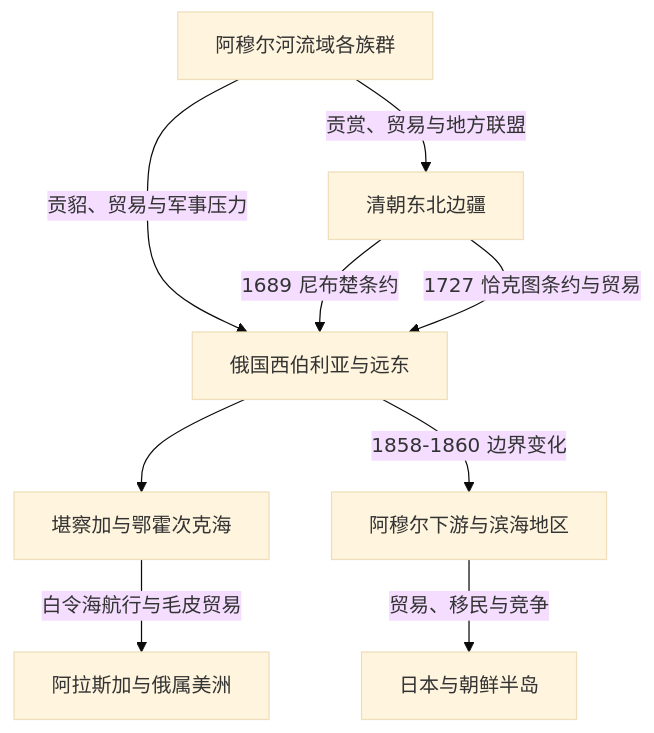
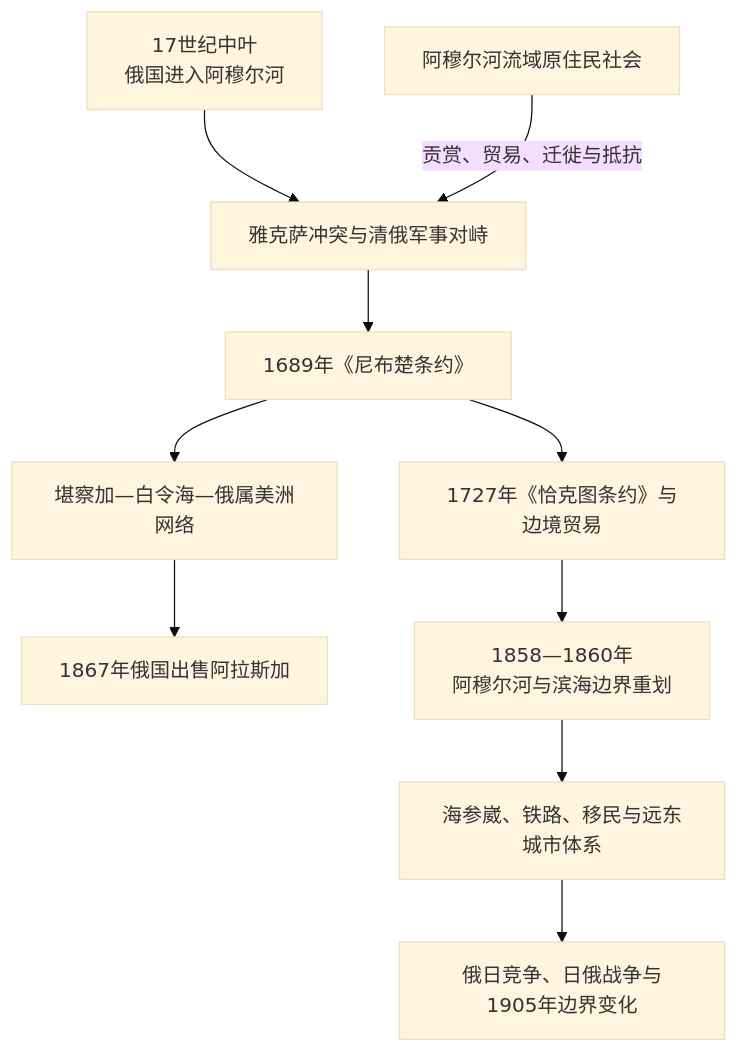
Before and after one commit to tianlan-dev/learning-notes: the diagram in 人文科学/历史/北亚/_通史/清俄边疆、东北亚与北太平洋联系.md, drawn with Mermaid (base theme). The commit also changed other lines of this file and 1417 other files, not shown here.

````diff
--- a/人文科学/历史/北亚/_通史/清俄边疆、东北亚与北太平洋联系.md
+++ b/人文科学/历史/北亚/_通史/清俄边疆、东北亚与北太平洋联系.md
@@ -18,11 +19,12 @@
 ```mermaid
 flowchart TD
-    AmurPeoples["阿穆尔河流域各族群"] -->|贡赏、贸易与地方联盟| Qing["清朝东北边疆"]
-    AmurPeoples -->|贡貂、贸易与军事压力| Russia["俄国西伯利亚与远东"]
-    Qing -->|1689 尼布楚条约| Russia
-    Qing -->|1727 恰克图条约与贸易| Russia
-    Russia --> Kamchatka["堪察加与鄂霍次克海"]
-    Kamchatka -->|白令海航行与毛皮贸易| Alaska["阿拉斯加与俄属美洲"]
-    Russia -->|1858-1860 边界变化| Primorye["阿穆尔下游与滨海地区"]
-    Primorye -->|贸易、移民与竞争| JapanKorea["日本与朝鲜半岛"]
+    A["17世纪中叶<br/>俄国进入阿穆尔河"] --> B["雅克萨冲突与清俄军事对峙"]
+    P["阿穆尔河流域原住民社会"] -->|贡赏、贸易、迁徙与抵抗| B
+    B --> C["1689年《尼布楚条约》"]
+    C --> D["1727年《恰克图条约》与边境贸易"]
+    C --> E["堪察加—白令海—俄属美洲网络"]
+    E --> F["1867年俄国出售阿拉斯加"]
+    D --> G["1858—1860年<br/>阿穆尔河与滨海边界重划"]
+    G --> H["海参崴、铁路、移民与远东城市体系"]
+    H --> I["俄日竞争、日俄战争与1905年边界变化"]
 ```
````
